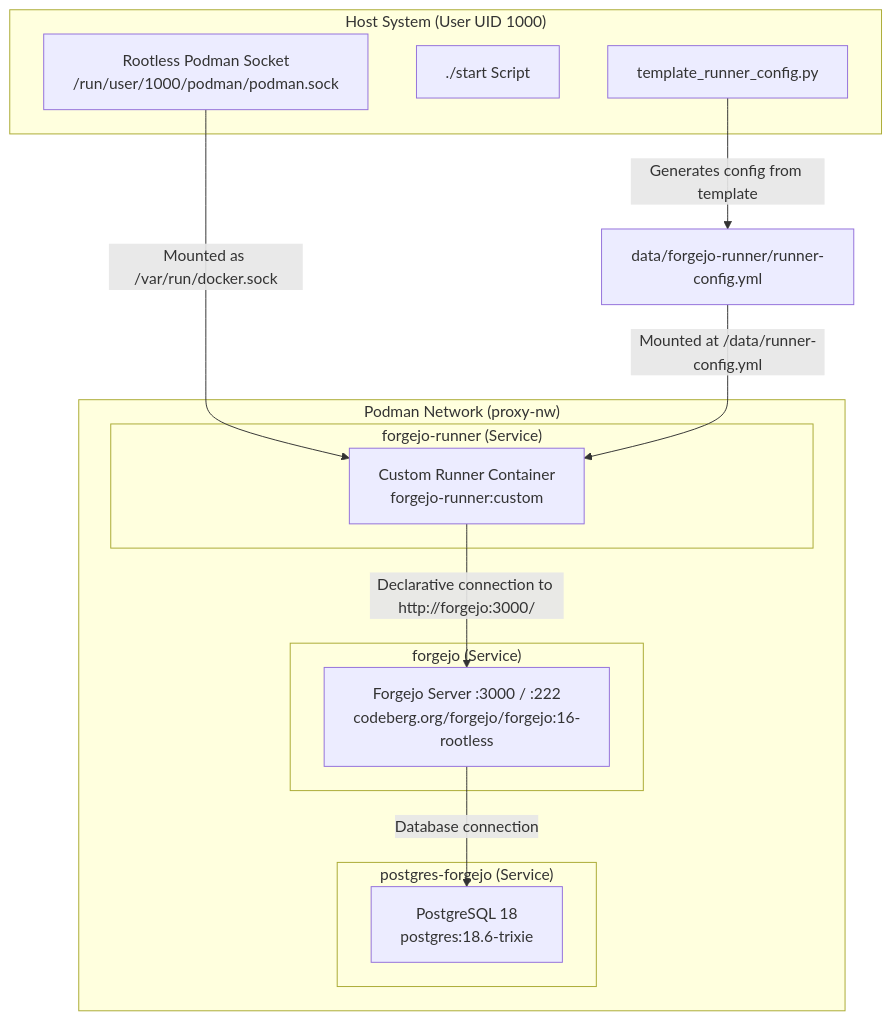
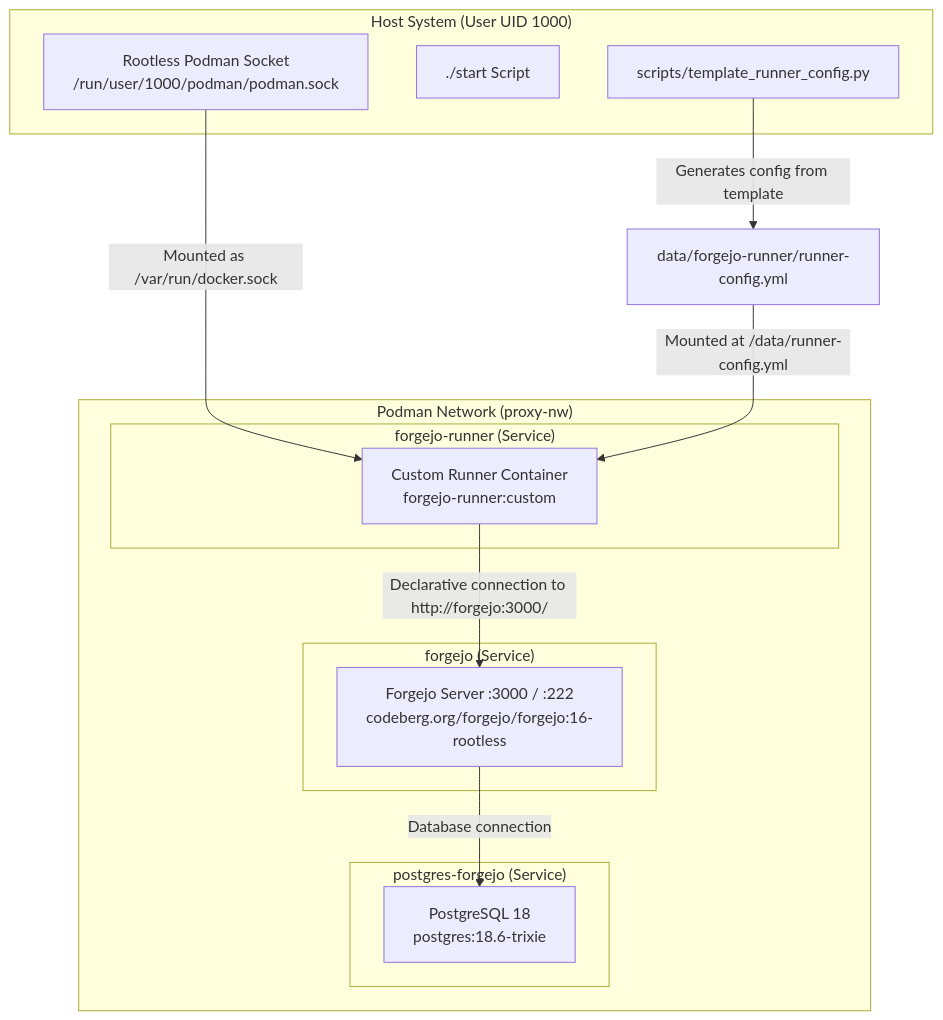
One commit to mysubsnewslivecom/forgejo-podman changed the diagram in README.md. Above: the diagram before and after it, drawn with Mermaid. The commit also changed other lines of this file and 5 other files, not shown here.

````diff
--- a/README.md
+++ b/README.md
@@ -33,28 +33,28 @@
 ```mermaid
 graph TD
     subgraph Host ["Host System (User UID 1000)"]
         Sock["Rootless Podman Socket<br/>/run/user/1000/podman/podman.sock"]
         StartScript["./start Script"]
-        PyScript["template_runner_config.py"]
+        PyScript["scripts/template_runner_config.py"]
     end
 
     subgraph Network ["Podman Network (proxy-nw)"]
         subgraph Server ["forgejo (Service)"]
             FServer["Forgejo Server :3000 / :222<br/>codeberg.org/forgejo/forgejo:16-rootless"]
         end
 
         subgraph DB ["postgres-forgejo (Service)"]
             PG["PostgreSQL 18<br/>postgres:18.6-trixie"]
         end
 
         subgraph Runner ["forgejo-runner (Service)"]
             FRunner["Custom Runner Container<br/>forgejo-runner:custom"]
         end
     end
 
     Sock -->|Mounted as /var/run/docker.sock| FRunner
     FServer -->|Database connection| PG
     FRunner -->|Declarative connection to http://forgejo:3000/| FServer
     PyScript -->|Generates config from template| RunnerConfig["data/forgejo-runner/runner-config.yml"]
     RunnerConfig -->|Mounted at /data/runner-config.yml| FRunner
 ```
````
